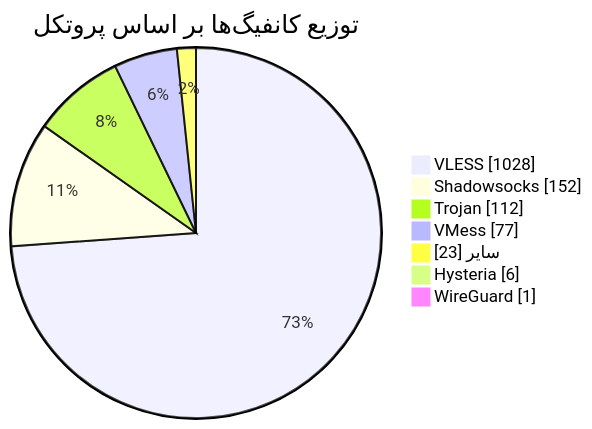
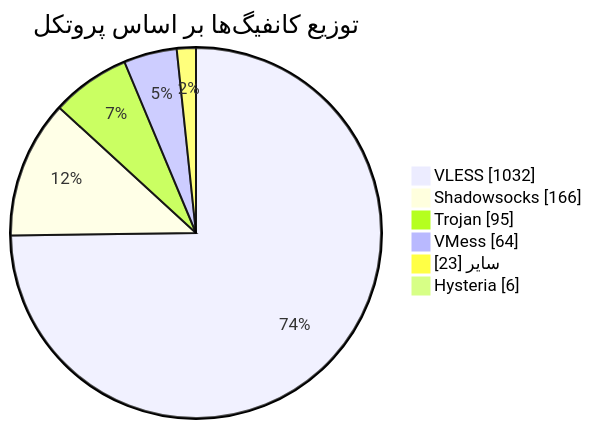
The diagram in README.md (Arian-Alijani/Somthing), drawn with Mermaid before and after one commit. The commit also changed other lines of this file and 99 other files, not shown here.

````diff
--- a/README.md
+++ b/README.md
@@ -51,11 +50,10 @@
 ```mermaid
 pie showData
     title توزیع کانفیگ‌ها بر اساس پروتکل
-    "VLESS" : 1028
-    "Shadowsocks" : 152
-    "Trojan" : 112
-    "VMess" : 77
+    "VLESS" : 1032
+    "Shadowsocks" : 166
+    "Trojan" : 95
+    "VMess" : 64
     "سایر" : 23
     "Hysteria" : 6
-    "WireGuard" : 1
 ```
````
